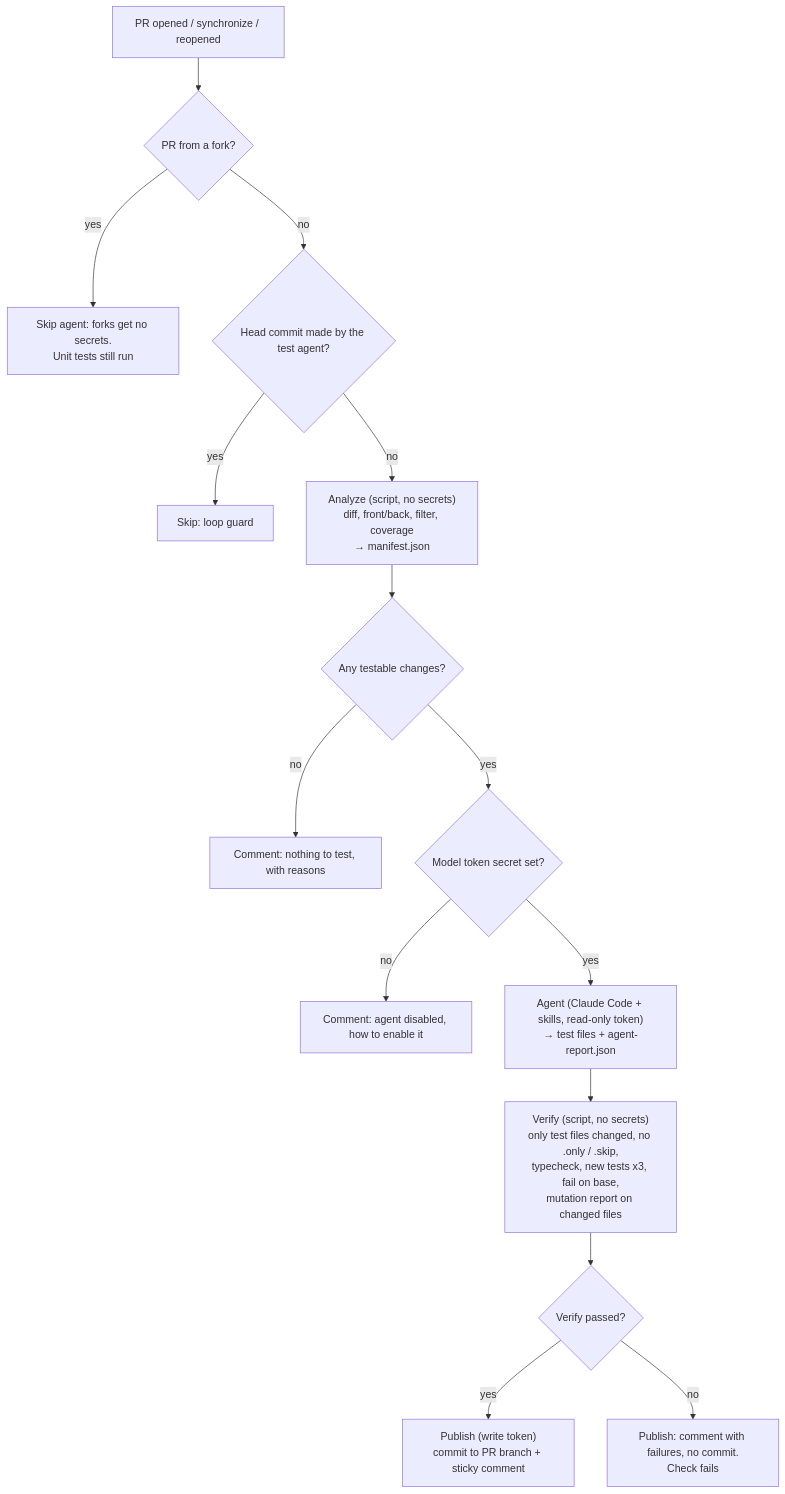
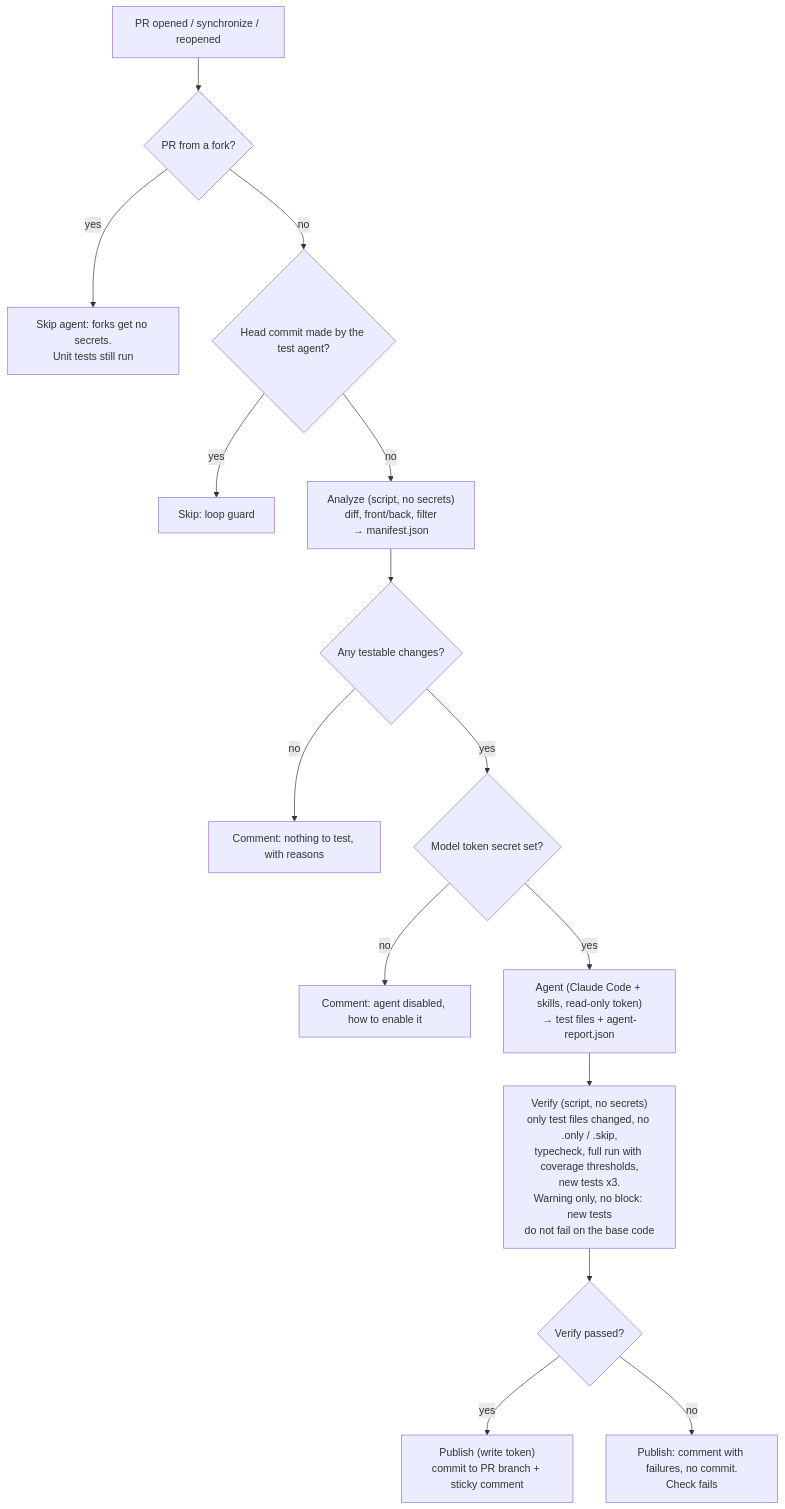
The first of 2 diagrams in SOLUTION.md (ArtemProkopenko123/cf_testing_agent), drawn with Mermaid before and after one commit. The commit also changed other lines of this file, not shown here.

Commit message:
docs: update SOLUTION.md with the design, security notes and example run (#16)

````diff
--- a/SOLUTION.md
+++ b/SOLUTION.md
@@ -5,17 +34,17 @@
 ```mermaid
 flowchart TD
   A["PR opened / synchronize / reopened"] --> B{"PR from a fork?"}
   B -- yes --> Z1["Skip agent: forks get no secrets.<br/>Unit tests still run"]
   B -- no --> C{"Head commit made by the test agent?"}
   C -- yes --> Z2["Skip: loop guard"]
-  C -- no --> D["Analyze (script, no secrets)<br/>diff, front/back, filter, coverage<br/>→ manifest.json"]
+  C -- no --> D["Analyze (script, no secrets)<br/>diff, front/back, filter<br/>→ manifest.json"]
   D --> E{"Any testable changes?"}
   E -- no --> Z3["Comment: nothing to test, with reasons"]
   E -- yes --> F{"Model token secret set?"}
   F -- no --> Z4["Comment: agent disabled, how to enable it"]
   F -- yes --> G["Agent (Claude Code + skills, read-only token)<br/>→ test files + agent-report.json"]
-  G --> H["Verify (script, no secrets)<br/>only test files changed, no .only / .skip,<br/>typecheck, new tests x3, fail on base,<br/>mutation report on changed files"]
+  G --> H["Verify (script, no secrets)<br/>only test files changed, no .only / .skip,<br/>typecheck, full run with coverage thresholds,<br/>new tests x3.<br/>Warning only, no block: new tests<br/>do not fail on the base code"]
   H --> I{"Verify passed?"}
   I -- yes --> J["Publish (write token)<br/>commit to PR branch + sticky comment"]
   I -- no --> K["Publish: comment with failures, no commit.<br/>Check fails"]
 ```
````
